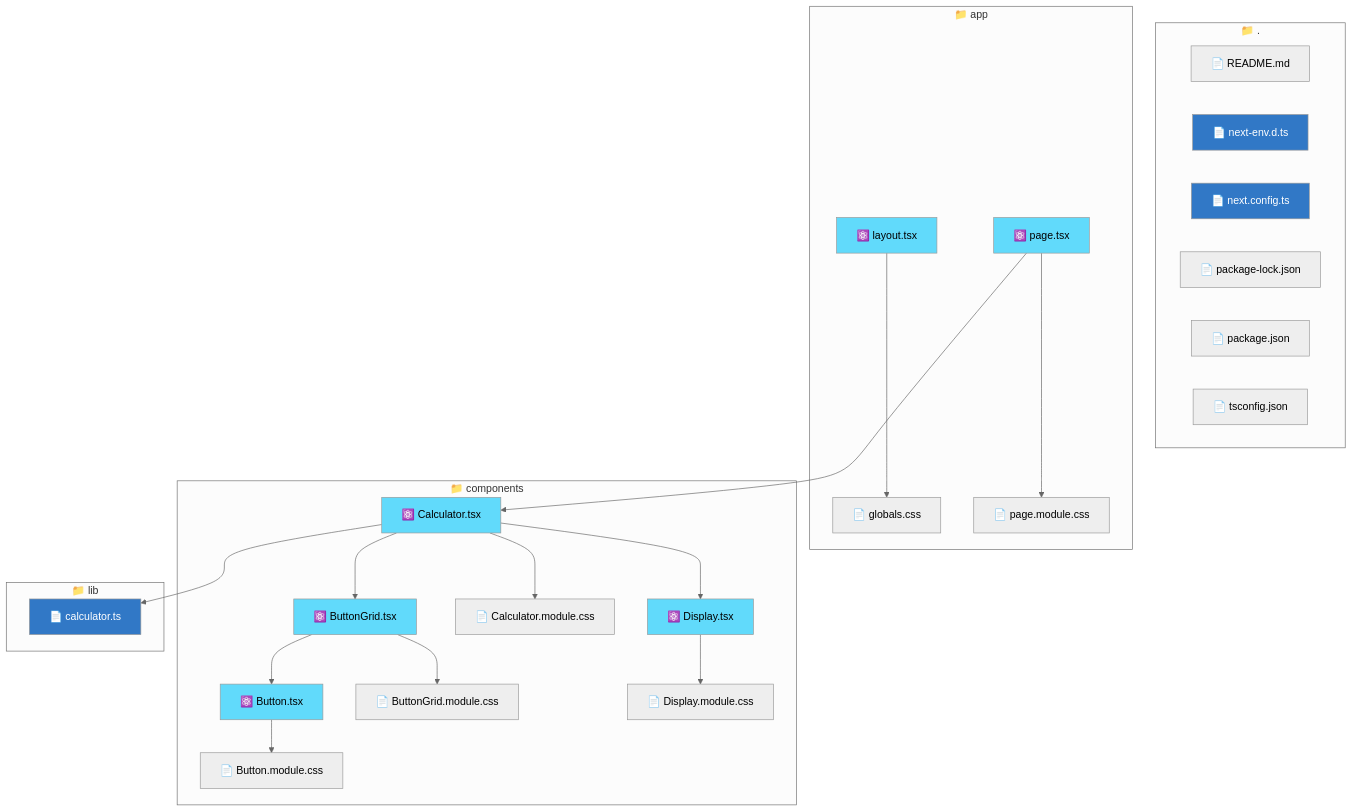
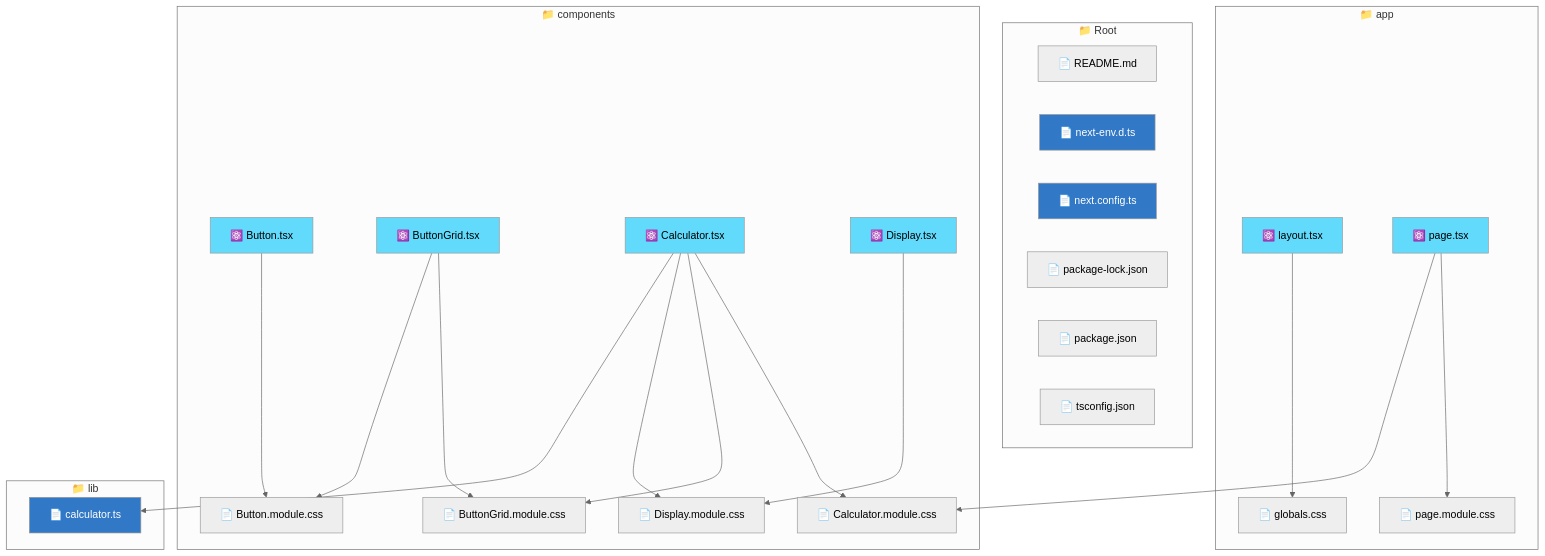
Before and after one commit to laura-lz/blueprint: the diagram in output/diagram.mmd, drawn with Mermaid (neutral theme). The commit also changed 9 other files, not shown here.

```diff
--- a/output/diagram.mmd
+++ b/output/diagram.mmd
@@ -1,50 +1,50 @@
 flowchart TB
-  subgraph _["📁 ."]
+  subgraph _["📁 Root"]
     _Users_brianliu_Documents_personal_coding_nexhacks_samples_calculator_README_md["📄 README.md"]
     _Users_brianliu_Documents_personal_coding_nexhacks_samples_calculator_next_env_d_ts["📄 next-env.d.ts"]
     _Users_brianliu_Documents_personal_coding_nexhacks_samples_calculator_next_config_ts["📄 next.config.ts"]
     _Users_brianliu_Documents_personal_coding_nexhacks_samples_calculator_package_lock_json["📄 package-lock.json"]
     _Users_brianliu_Documents_personal_coding_nexhacks_samples_calculator_package_json["📄 package.json"]
     _Users_brianliu_Documents_personal_coding_nexhacks_samples_calculator_tsconfig_json["📄 tsconfig.json"]
   end
   subgraph app["📁 app"]
     _Users_brianliu_Documents_personal_coding_nexhacks_samples_calculator_app_globals_css["📄 globals.css"]
     _Users_brianliu_Documents_personal_coding_nexhacks_samples_calculator_app_layout_tsx["⚛️ layout.tsx"]
     _Users_brianliu_Documents_personal_coding_nexhacks_samples_calculator_app_page_module_css["📄 page.module.css"]
     _Users_brianliu_Documents_personal_coding_nexhacks_samples_calculator_app_page_tsx["⚛️ page.tsx"]
   end
   subgraph components["📁 components"]
     _Users_brianliu_Documents_personal_coding_nexhacks_samples_calculator_components_Button_module_css["📄 Button.module.css"]
     _Users_brianliu_Documents_personal_coding_nexhacks_samples_calculator_components_Button_tsx["⚛️ Button.tsx"]
     _Users_brianliu_Documents_personal_coding_nexhacks_samples_calculator_components_ButtonGrid_module_css["📄 ButtonGrid.module.css"]
     _Users_brianliu_Documents_personal_coding_nexhacks_samples_calculator_components_ButtonGrid_tsx["⚛️ ButtonGrid.tsx"]
     _Users_brianliu_Documents_personal_coding_nexhacks_samples_calculator_components_Calculator_module_css["📄 Calculator.module.css"]
     _Users_brianliu_Documents_personal_coding_nexhacks_samples_calculator_components_Calculator_tsx["⚛️ Calculator.tsx"]
     _Users_brianliu_Documents_personal_coding_nexhacks_samples_calculator_components_Display_module_css["📄 Display.module.css"]
     _Users_brianliu_Documents_personal_coding_nexhacks_samples_calculator_components_Display_tsx["⚛️ Display.tsx"]
   end
   subgraph lib["📁 lib"]
     _Users_brianliu_Documents_personal_coding_nexhacks_samples_calculator_lib_calculator_ts["📄 calculator.ts"]
   end
   _Users_brianliu_Documents_personal_coding_nexhacks_samples_calculator_app_layout_tsx --> _Users_brianliu_Documents_personal_coding_nexhacks_samples_calculator_app_globals_css
-  _Users_brianliu_Documents_personal_coding_nexhacks_samples_calculator_app_page_tsx --> _Users_brianliu_Documents_personal_coding_nexhacks_samples_calculator_components_Calculator_tsx
+  _Users_brianliu_Documents_personal_coding_nexhacks_samples_calculator_app_page_tsx --> _Users_brianliu_Documents_personal_coding_nexhacks_samples_calculator_components_Calculator_module_css
   _Users_brianliu_Documents_personal_coding_nexhacks_samples_calculator_app_page_tsx --> _Users_brianliu_Documents_personal_coding_nexhacks_samples_calculator_app_page_module_css
   _Users_brianliu_Documents_personal_coding_nexhacks_samples_calculator_components_Button_tsx --> _Users_brianliu_Documents_personal_coding_nexhacks_samples_calculator_components_Button_module_css
-  _Users_brianliu_Documents_personal_coding_nexhacks_samples_calculator_components_ButtonGrid_tsx --> _Users_brianliu_Documents_personal_coding_nexhacks_samples_calculator_components_Button_tsx
+  _Users_brianliu_Documents_personal_coding_nexhacks_samples_calculator_components_ButtonGrid_tsx --> _Users_brianliu_Documents_personal_coding_nexhacks_samples_calculator_components_Button_module_css
   _Users_brianliu_Documents_personal_coding_nexhacks_samples_calculator_components_ButtonGrid_tsx --> _Users_brianliu_Documents_personal_coding_nexhacks_samples_calculator_components_ButtonGrid_module_css
   _Users_brianliu_Documents_personal_coding_nexhacks_samples_calculator_components_Calculator_tsx --> _Users_brianliu_Documents_personal_coding_nexhacks_samples_calculator_lib_calculator_ts
-  _Users_brianliu_Documents_personal_coding_nexhacks_samples_calculator_components_Calculator_tsx --> _Users_brianliu_Documents_personal_coding_nexhacks_samples_calculator_components_Display_tsx
-  _Users_brianliu_Documents_personal_coding_nexhacks_samples_calculator_components_Calculator_tsx --> _Users_brianliu_Documents_personal_coding_nexhacks_samples_calculator_components_ButtonGrid_tsx
+  _Users_brianliu_Documents_personal_coding_nexhacks_samples_calculator_components_Calculator_tsx --> _Users_brianliu_Documents_personal_coding_nexhacks_samples_calculator_components_Display_module_css
+  _Users_brianliu_Documents_personal_coding_nexhacks_samples_calculator_components_Calculator_tsx --> _Users_brianliu_Documents_personal_coding_nexhacks_samples_calculator_components_ButtonGrid_module_css
   _Users_brianliu_Documents_personal_coding_nexhacks_samples_calculator_components_Calculator_tsx --> _Users_brianliu_Documents_personal_coding_nexhacks_samples_calculator_components_Calculator_module_css
   _Users_brianliu_Documents_personal_coding_nexhacks_samples_calculator_components_Display_tsx --> _Users_brianliu_Documents_personal_coding_nexhacks_samples_calculator_components_Display_module_css
 
   %% Styling
   style _Users_brianliu_Documents_personal_coding_nexhacks_samples_calculator_app_layout_tsx fill:#61dafb,color:#000
   style _Users_brianliu_Documents_personal_coding_nexhacks_samples_calculator_app_page_tsx fill:#61dafb,color:#000
   style _Users_brianliu_Documents_personal_coding_nexhacks_samples_calculator_components_Button_tsx fill:#61dafb,color:#000
   style _Users_brianliu_Documents_personal_coding_nexhacks_samples_calculator_components_ButtonGrid_tsx fill:#61dafb,color:#000
   style _Users_brianliu_Documents_personal_coding_nexhacks_samples_calculator_components_Calculator_tsx fill:#61dafb,color:#000
   style _Users_brianliu_Documents_personal_coding_nexhacks_samples_calculator_components_Display_tsx fill:#61dafb,color:#000
   style _Users_brianliu_Documents_personal_coding_nexhacks_samples_calculator_lib_calculator_ts fill:#3178c6,color:#fff
   style _Users_brianliu_Documents_personal_coding_nexhacks_samples_calculator_next_env_d_ts fill:#3178c6,color:#fff
   style _Users_brianliu_Documents_personal_coding_nexhacks_samples_calculator_next_config_ts fill:#3178c6,color:#fff
```
